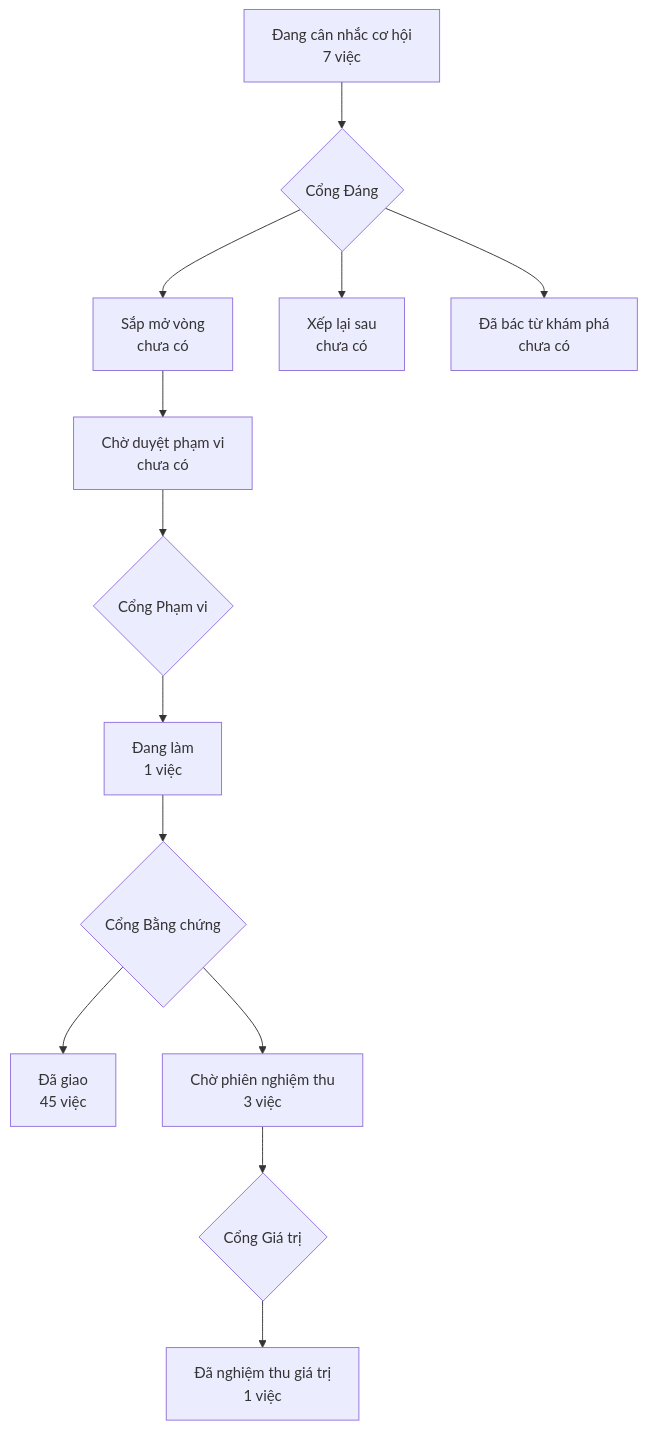
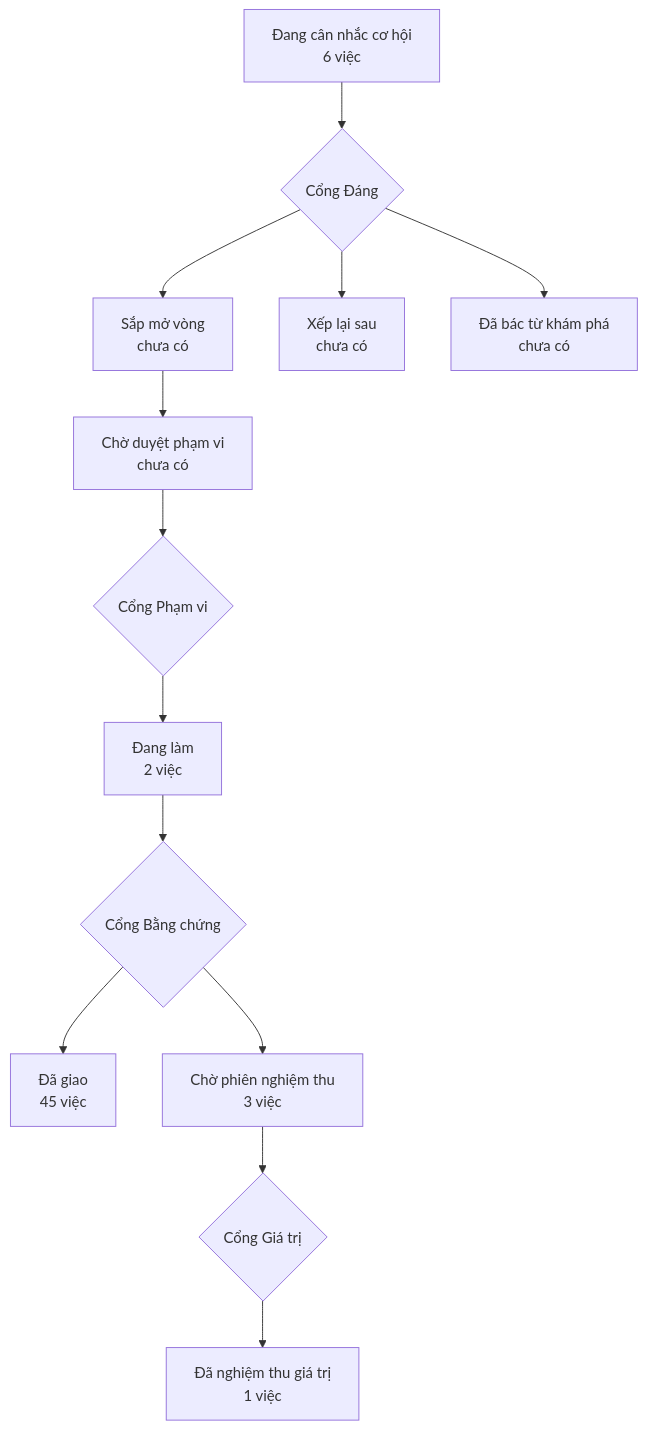
Before and after one commit to phanlemanh/crm-onehub: the diagram in PRODUCT-MAP.md, drawn with Mermaid. The commit also changed other lines of this file and 2 other files, not shown here.

Commit message:
Gate 1: khuon-mat-bo-phan duyet — Phan Le Manh

````diff
--- a/PRODUCT-MAP.md
+++ b/PRODUCT-MAP.md
@@ -6,12 +6,12 @@
 ```mermaid
 flowchart TD
-  A["Đang cân nhắc cơ hội<br/>7 việc"] --> GD{"Cổng Đáng"}
+  A["Đang cân nhắc cơ hội<br/>6 việc"] --> GD{"Cổng Đáng"}
   GD --> B["Sắp mở vòng<br/>chưa có"]
   GD --> XL["Xếp lại sau<br/>chưa có"]
   GD --> DB["Đã bác từ khám phá<br/>chưa có"]
   B --> CD["Chờ duyệt phạm vi<br/>chưa có"] --> GP{"Cổng Phạm vi"}
-  GP --> DL["Đang làm<br/>1 việc"] --> GB{"Cổng Bằng chứng"}
+  GP --> DL["Đang làm<br/>2 việc"] --> GB{"Cổng Bằng chứng"}
   GB --> DG["Đã giao<br/>45 việc"]
   GB --> CN["Chờ phiên nghiệm thu<br/>3 việc"] --> GG{"Cổng Giá trị"}
   GG --> NT["Đã nghiệm thu giá trị<br/>1 việc"]
 ```
````
